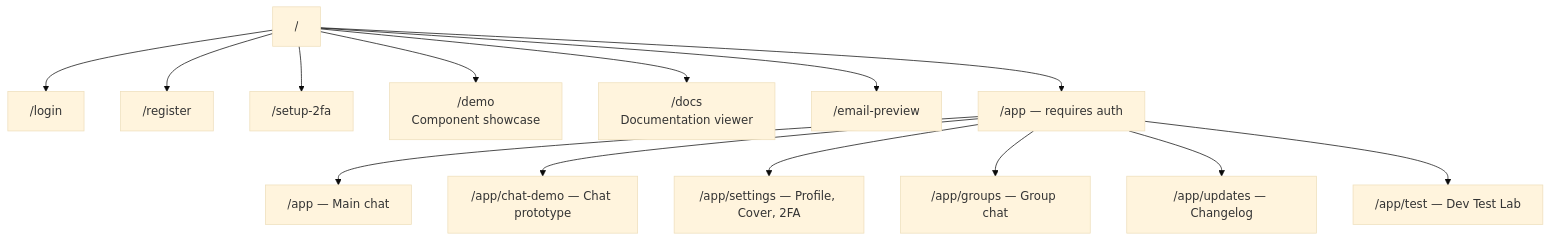
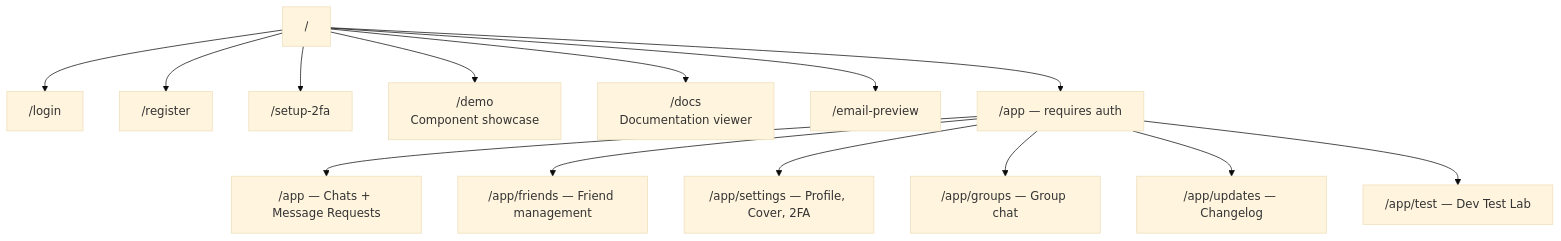
One commit to neofuture/chatr changed the first of 4 diagrams in Documentation/Frontend/index.md. Above: the diagram before and after it, drawn with Mermaid (base theme). The commit also changed other lines of this file and 158 other files, not shown here.

````diff
--- a/Documentation/Frontend/index.md
+++ b/Documentation/Frontend/index.md
@@ -11,17 +11,17 @@
 ```mermaid
 graph TD
     root["/"] --> login["/login"]
     root --> register["/register"]
     root --> setup2fa["/setup-2fa"]
     root --> demo["/demo<br/>Component showcase"]
     root --> docs["/docs<br/>Documentation viewer"]
     root --> emailpreview["/email-preview"]
     root --> app["/app — requires auth"]
 
-    app --> apphome["/app — Main chat"]
-    app --> chatdemo["/app/chat-demo — Chat prototype"]
+    app --> apphome["/app — Chats + Message Requests"]
+    app --> friends["/app/friends — Friend management"]
     app --> settings["/app/settings — Profile, Cover, 2FA"]
     app --> groups["/app/groups — Group chat"]
     app --> updates["/app/updates — Changelog"]
     app --> test["/app/test — Dev Test Lab"]
 ```
````
